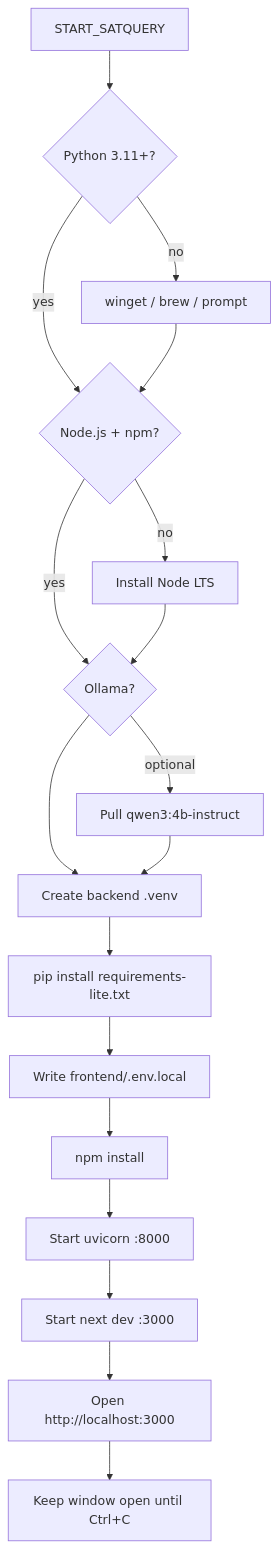
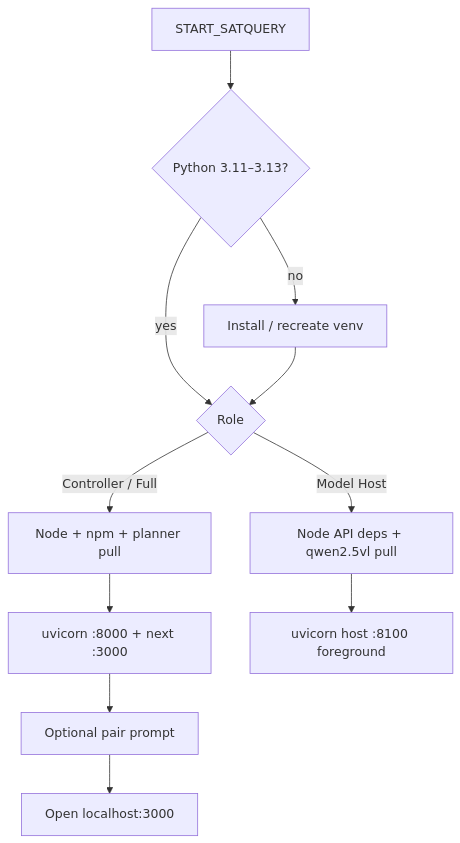
The third of 6 diagrams in docs/ARCHITECTURE.md (Krishu-24/SAT_Query), drawn with Mermaid before and after one commit. The commit also changed other lines of this file and 7 other files, not shown here.

````diff
--- a/docs/ARCHITECTURE.md
+++ b/docs/ARCHITECTURE.md
@@ -30,20 +55,13 @@
 ```mermaid
 flowchart TD
-  A[START_SATQUERY] --> B{Python 3.11+?}
-  B -->|no| B1[winget / brew / prompt]
-  B -->|yes| C{Node.js + npm?}
+  A[START_SATQUERY] --> B{Python 3.11–3.13?}
+  B -->|no| B1[Install / recreate venv]
+  B -->|yes| C{Role}
   B1 --> C
-  C -->|no| C1[Install Node LTS]
-  C -->|yes| D{Ollama?}
-  C1 --> D
-  D -->|optional| E[Pull qwen3:4b-instruct]
-  D --> F[Create backend .venv]
-  E --> F
-  F --> G[pip install requirements-lite.txt]
-  G --> H[Write frontend/.env.local]
-  H --> I[npm install]
-  I --> J[Start uvicorn :8000]
-  J --> K[Start next dev :3000]
-  K --> L[Open http://localhost:3000]
-  L --> M[Keep window open until Ctrl+C]
+  C -->|Controller / Full| D[Node + npm + planner pull]
+  C -->|Model Host| E[Node API deps + qwen2.5vl pull]
+  D --> F[uvicorn :8000 + next :3000]
+  E --> G[uvicorn host :8100 foreground]
+  F --> H[Optional pair prompt]
+  H --> I[Open localhost:3000]
 ```
````
